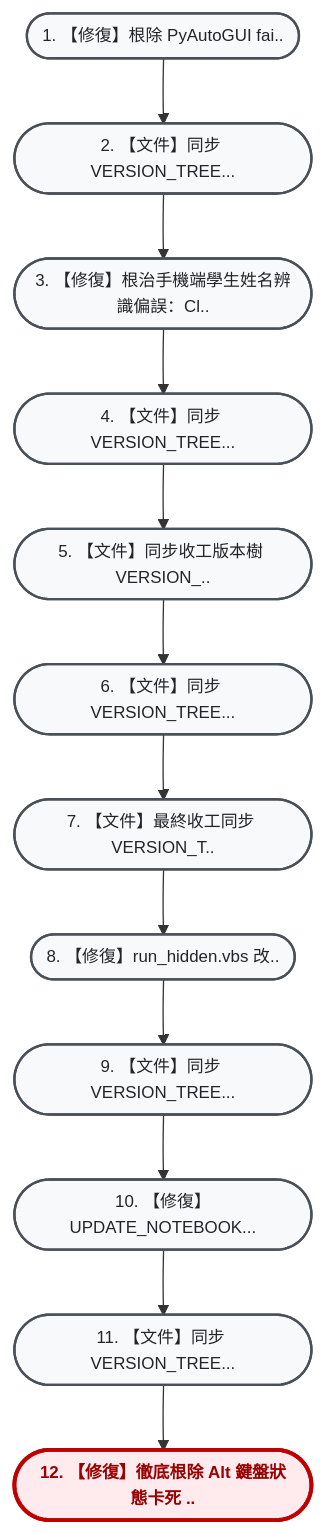
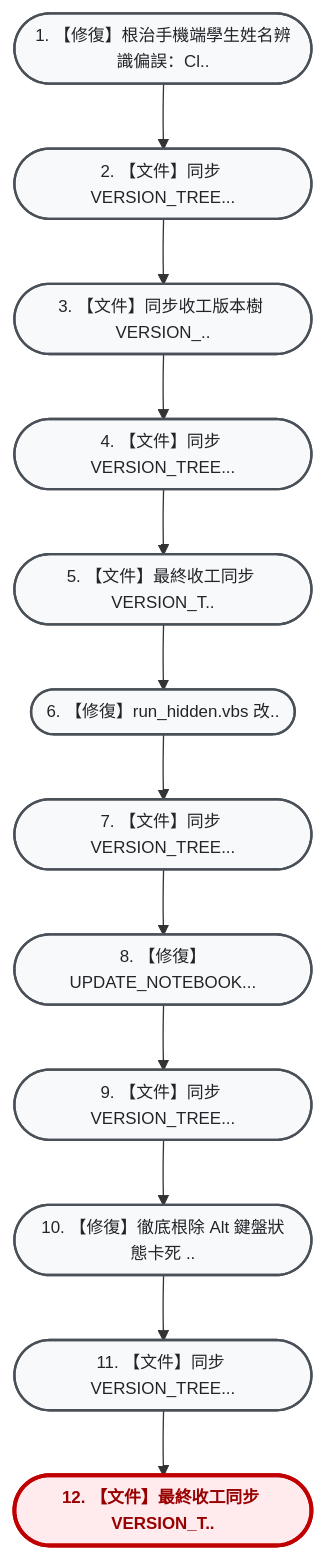
The diagram in VERSION_TREE.md (hjen8/NoType-Scribe), drawn with Mermaid before and after one commit. The commit also changed other lines of this file, not shown here.

Commit message:
docs: 最終收工同步 VERSION_TREE.md

````diff
--- a/VERSION_TREE.md
+++ b/VERSION_TREE.md
@@ -13,30 +13,30 @@
 ```mermaid
 flowchart TD
     %% 雙壁版本樹專用視覺化配色風格 (由上而下 TD 垂直大字純中文版)
     classDef default fill:#f8f9fa,stroke:#495057,stroke-width:1.8px,color:#212529,font-size:13px;
     classDef current fill:#ffebee,stroke:#c00000,stroke-width:3px,color:#900,font-weight:bold,font-size:13px;
     classDef mergeNode fill:#e3f2fd,stroke:#1565c0,stroke-width:2px,color:#0d47a1,font-size:13px;
-    n_9ebe870(["1. 【修復】根除 PyAutoGUI fai.."]):::default
-    n_9480dc7(["2. 【文件】同步 VERSION_TREE..."]):::default
-    n_e1c1c9f(["3. 【修復】根治手機端學生姓名辨識偏誤：Cl.."]):::default
-    n_b75d44f(["4. 【文件】同步 VERSION_TREE..."]):::default
-    n_79089d2(["5. 【文件】同步收工版本樹 VERSION_.."]):::default
-    n_0029f92(["6. 【文件】同步 VERSION_TREE..."]):::default
-    n_aa9902c(["7. 【文件】最終收工同步 VERSION_T.."]):::default
-    n_fcd881b(["8. 【修復】run_hidden.vbs 改.."]):::default
-    n_2a21125(["9. 【文件】同步 VERSION_TREE..."]):::default
-    n_a22a9d3(["10. 【修復】UPDATE_NOTEBOOK..."]):::default
-    n_95a7624(["11. 【文件】同步 VERSION_TREE..."]):::default
-    n_aef1404(["12. 【修復】徹底根除 Alt 鍵盤狀態卡死 .."]):::current
-    n_9ebe870 --> n_9480dc7
-    n_9480dc7 --> n_e1c1c9f
+    n_e1c1c9f(["1. 【修復】根治手機端學生姓名辨識偏誤：Cl.."]):::default
+    n_b75d44f(["2. 【文件】同步 VERSION_TREE..."]):::default
+    n_79089d2(["3. 【文件】同步收工版本樹 VERSION_.."]):::default
+    n_0029f92(["4. 【文件】同步 VERSION_TREE..."]):::default
+    n_aa9902c(["5. 【文件】最終收工同步 VERSION_T.."]):::default
+    n_fcd881b(["6. 【修復】run_hidden.vbs 改.."]):::default
+    n_2a21125(["7. 【文件】同步 VERSION_TREE..."]):::default
+    n_a22a9d3(["8. 【修復】UPDATE_NOTEBOOK..."]):::default
+    n_95a7624(["9. 【文件】同步 VERSION_TREE..."]):::default
+    n_aef1404(["10. 【修復】徹底根除 Alt 鍵盤狀態卡死 .."]):::default
+    n_e84eb66(["11. 【文件】同步 VERSION_TREE..."]):::default
+    n_e410c65(["12. 【文件】最終收工同步 VERSION_T.."]):::current
     n_e1c1c9f --> n_b75d44f
     n_b75d44f --> n_79089d2
     n_79089d2 --> n_0029f92
     n_0029f92 --> n_aa9902c
     n_aa9902c --> n_fcd881b
     n_fcd881b --> n_2a21125
     n_2a21125 --> n_a22a9d3
     n_a22a9d3 --> n_95a7624
     n_95a7624 --> n_aef1404
+    n_aef1404 --> n_e84eb66
+    n_e84eb66 --> n_e410c65
 ```
````
